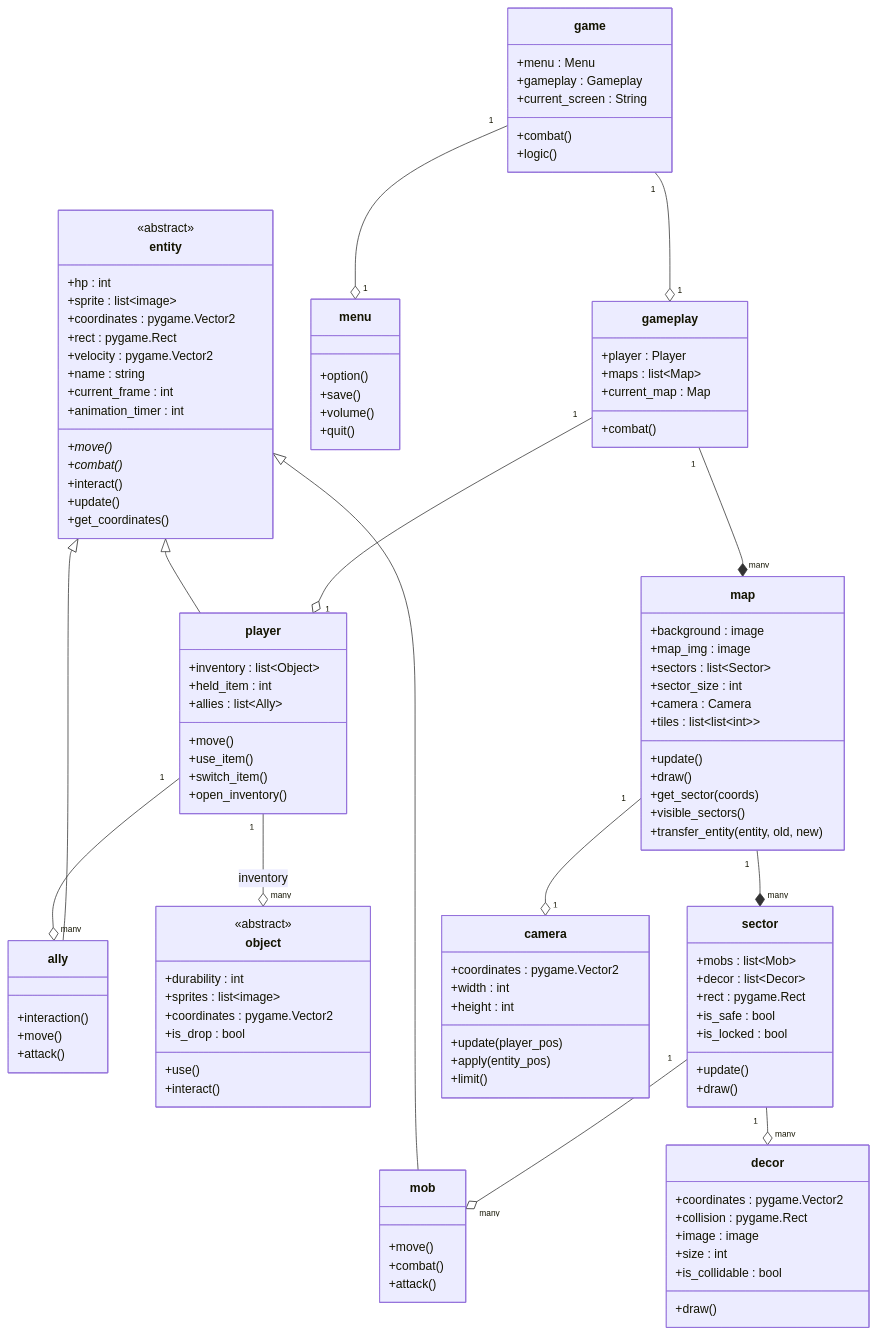
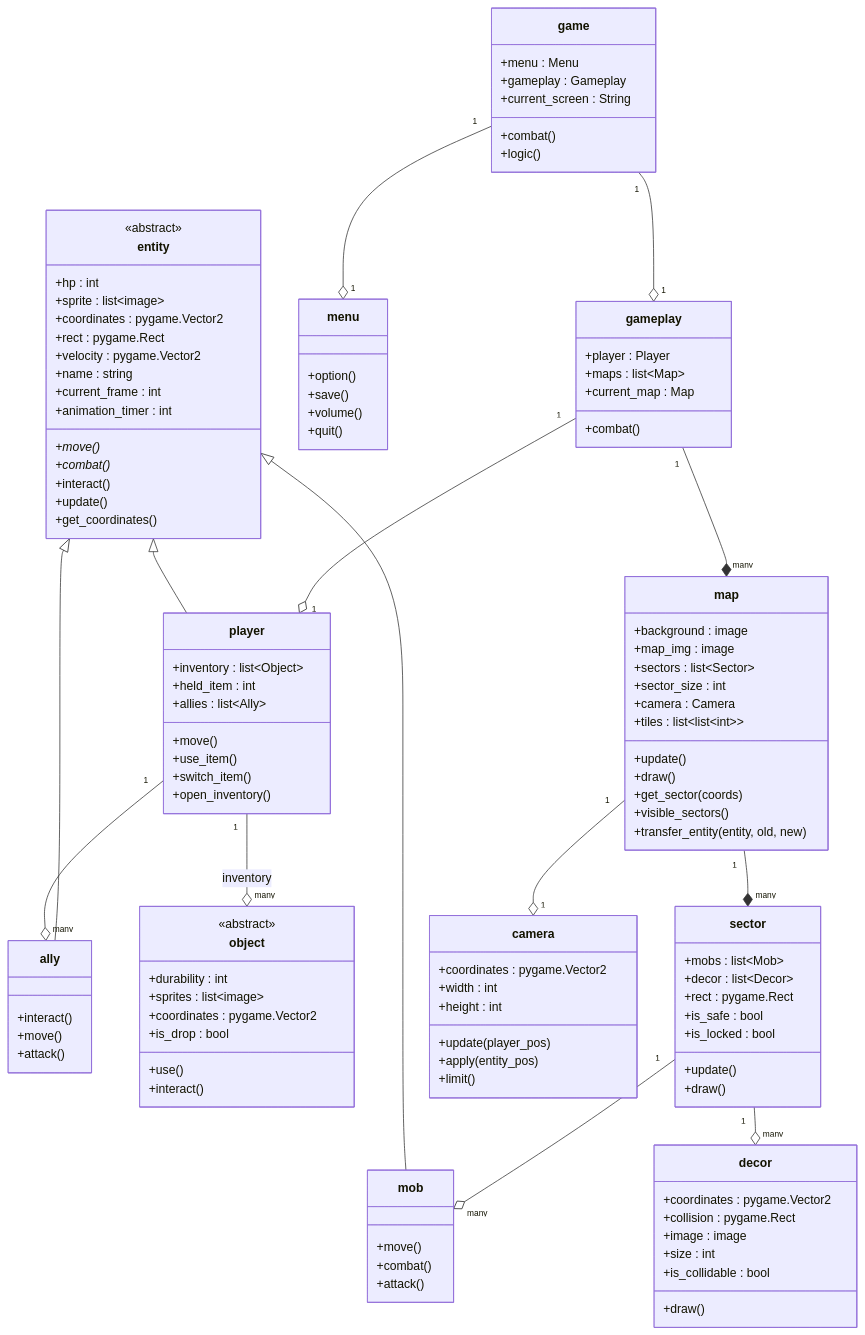
One commit to flofgi/Projet-prog-IE changed the diagram in classDiagram.mmd. Above: the diagram before and after it, drawn with Mermaid.

Commit message:
Potential fix for pull request finding

```diff
--- a/classDiagram.mmd
+++ b/classDiagram.mmd
@@ -1,132 +1,132 @@
 classDiagram
     class game {
         +combat()
         +menu : Menu
         +gameplay : Gameplay
         +logic()
         +current_screen : String
     }
 
     class gameplay {
         +combat()
         +player : Player
         +maps : list~Map~
         +current_map : Map
     }
 
     class menu {
         +option()
         +save()
         +volume()
         +quit()
     }
 
     class entity {
         <<abstract>>
         +hp : int
         +sprite : list~image~
         +coordinates : pygame.Vector2
         +rect : pygame.Rect
         +velocity : pygame.Vector2
         +name : string
         +current_frame : int
         +animation_timer : int
         +move()*
         +combat()*
         +interact()
         +update()
         +get_coordinates()
     }
 
     class mob {
         +move()
         +combat()
         +attack()
     }
 
     class player {
         +inventory : list~Object~
         +held_item : int
         +allies : list~Ally~
         +move()
         +use_item()
         +switch_item()
         +open_inventory()
     }
 
     class ally {
-        +interaction()
+        +interact()
         +move()
         +attack()
     }
 
     class object {
         <<abstract>>
         +durability : int
         +sprites : list~image~
         +coordinates : pygame.Vector2
         +is_drop : bool
         +use()
         +interact()
     }
 
     class map {
         +background : image
         +map_img : image
         +sectors : list~Sector~
         +sector_size : int
         +camera : Camera
         +tiles : list~list~int~~
         +update()
         +draw()
         +get_sector(coords)
         +visible_sectors()
         +transfer_entity(entity, old, new)
     }
 
     class sector {
         +mobs : list~Mob~
         +decor : list~Decor~
         +rect : pygame.Rect
         +is_safe : bool
         +is_locked : bool
         +update()
         +draw()
     }
 
     class decor {
         +coordinates : pygame.Vector2
         +collision : pygame.Rect
         +image : image
         +size : int
         +is_collidable : bool
         +draw()
     }
 
     class camera {
         +coordinates : pygame.Vector2
         +width : int
         +height : int
         +update(player_pos)
         +apply(entity_pos)
         +limit()
     }
 
     %% Relations
     game "1" --o "1" menu
     game "1" --o "1" gameplay
     gameplay "1" --* "many" map
     gameplay "1" --o "1" player
     
     map "1" --* "many" sector
     map "1" --o "1" camera
     
     sector "1" --o "many" mob
     sector "1" --o "many" decor
     
     entity <|-- mob
     entity <|-- player
     entity <|-- ally
     
     player "1" --o "many" object : inventory
     player "1" --o "many" ally
```
